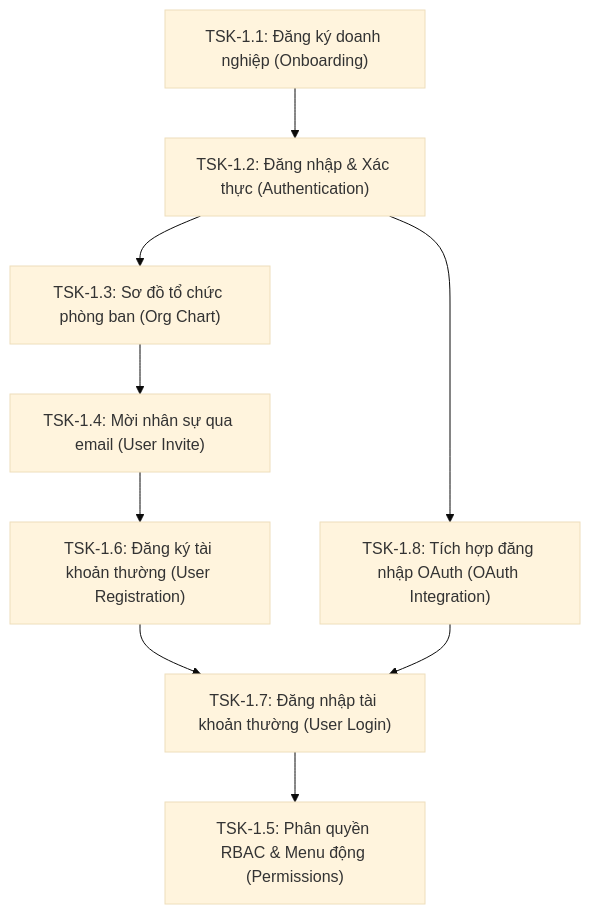
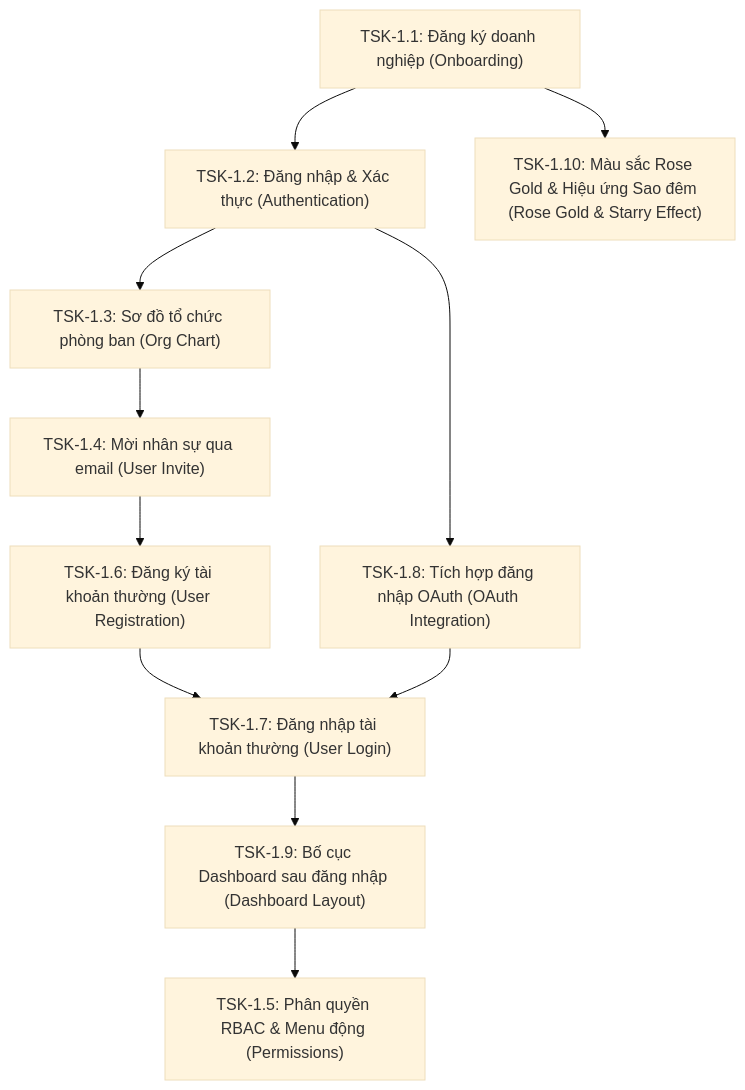
Before and after one commit to min3rd/open-erp: the diagram in docs/05_project_management/sprint_1/README.md, drawn with Mermaid (base theme). The commit also changed other lines of this file and 2 other files, not shown here.

````diff
--- a/docs/05_project_management/sprint_1/README.md
+++ b/docs/05_project_management/sprint_1/README.md
@@ -49,13 +51,16 @@
 ```mermaid
 flowchart TD
     TSK11["TSK-1.1: Đăng ký doanh nghiệp (Onboarding)"] 
     --> TSK12["TSK-1.2: Đăng nhập & Xác thực (Authentication)"]
     --> TSK13["TSK-1.3: Sơ đồ tổ chức phòng ban (Org Chart)"]
     --> TSK14["TSK-1.4: Mời nhân sự qua email (User Invite)"]
     --> TSK16["TSK-1.6: Đăng ký tài khoản thường (User Registration)"]
     --> TSK17["TSK-1.7: Đăng nhập tài khoản thường (User Login)"]
     
     TSK12 --> TSK18["TSK-1.8: Tích hợp đăng nhập OAuth (OAuth Integration)"]
     TSK18 --> TSK17
-    TSK17 --> TSK15["TSK-1.5: Phân quyền RBAC & Menu động (Permissions)"]
+    TSK17 --> TSK19["TSK-1.9: Bố cục Dashboard sau đăng nhập (Dashboard Layout)"]
+    TSK19 --> TSK15["TSK-1.5: Phân quyền RBAC & Menu động (Permissions)"]
+    
+    TSK11 --> TSK110["TSK-1.10: Màu sắc Rose Gold & Hiệu ứng Sao đêm (Rose Gold & Starry Effect)"]
 ```
````
